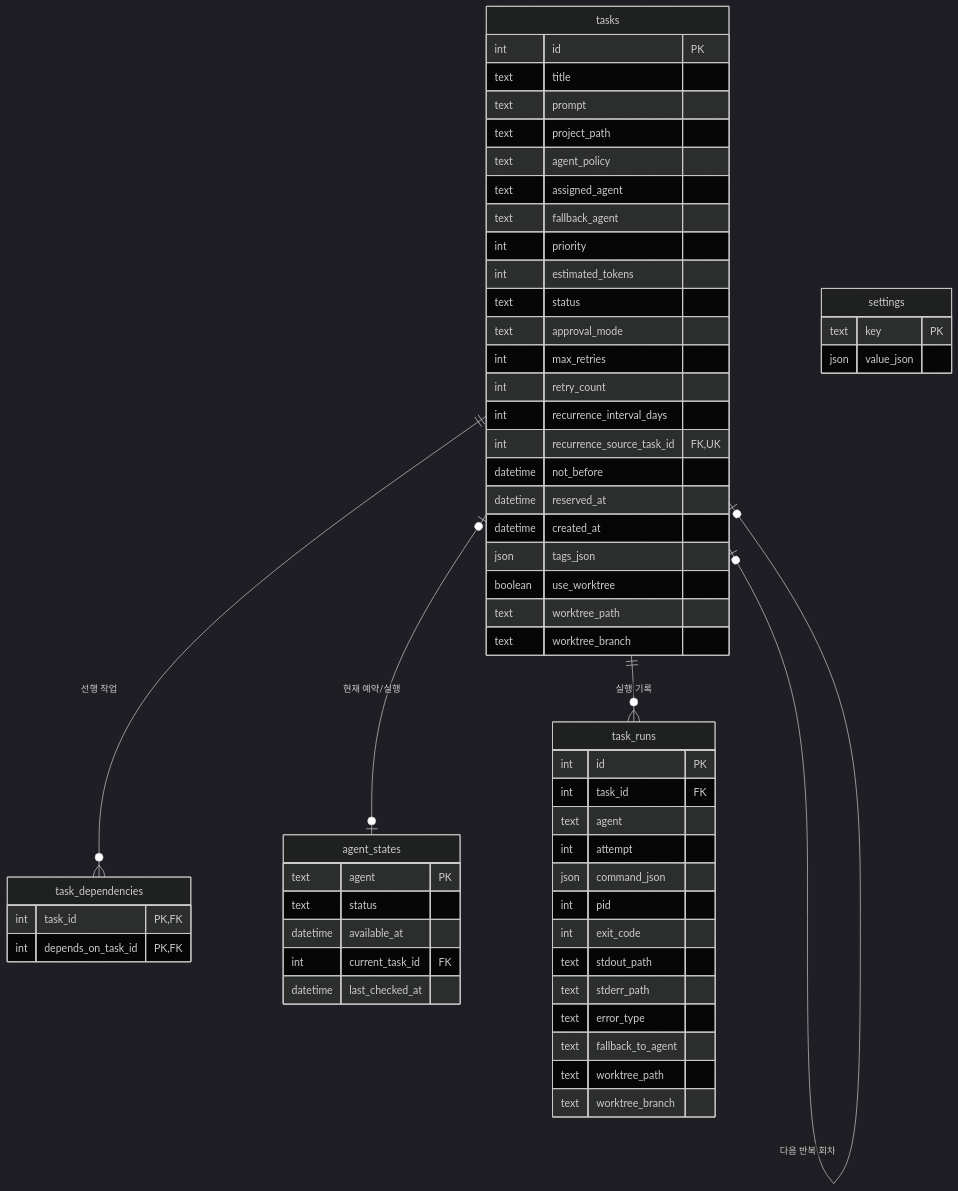
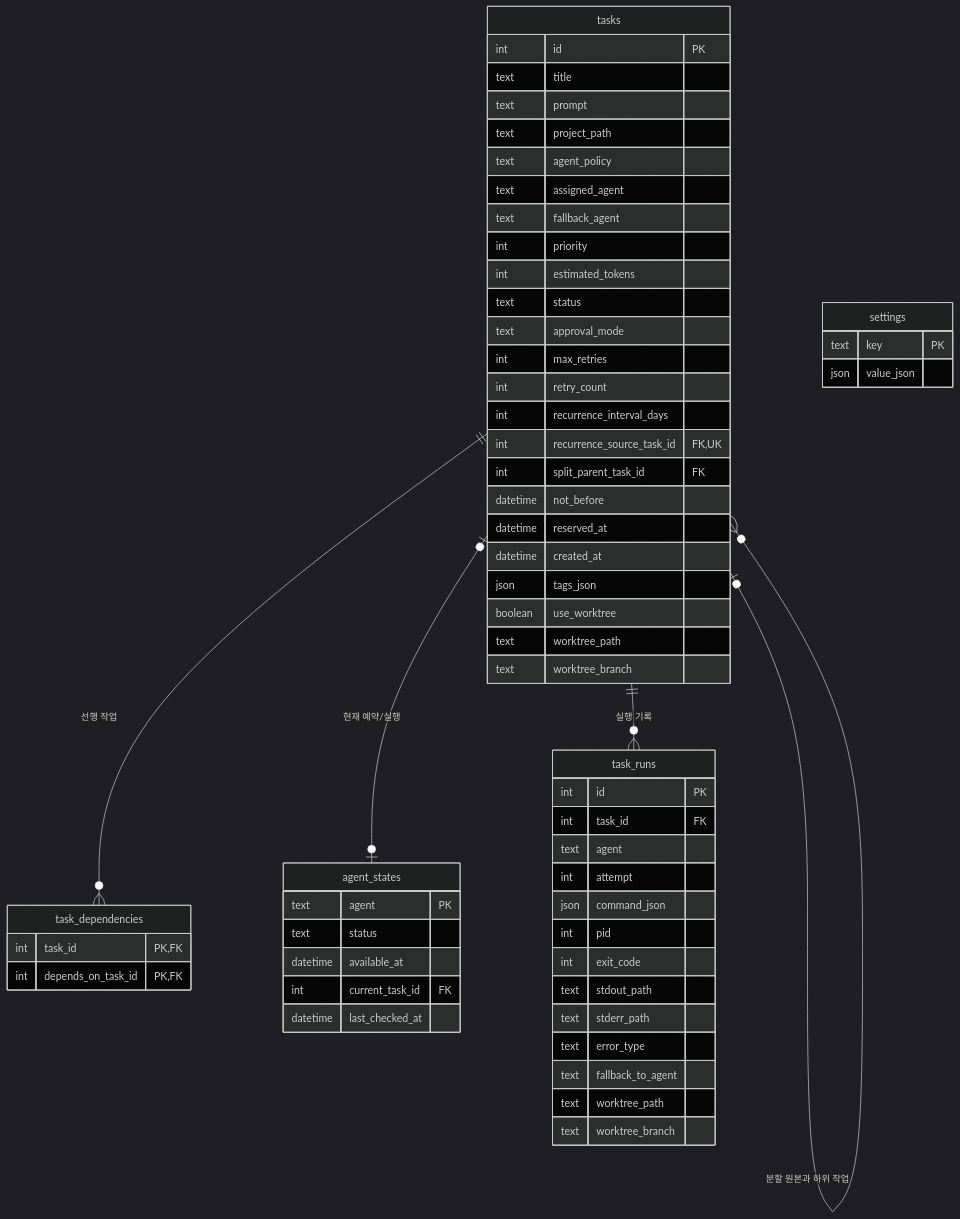
One commit to jasonwpgml/AQR changed the second of 4 diagrams in ai-queue-runner/docs/ARCHITECTURE.md. Above: the diagram before and after it, drawn with Mermaid (dark theme). The commit also changed other lines of this file and 18 other files, not shown here.

First line of the commit message:
feat: task splitting with sibling deps and atomic split-task CLI (T033)

````diff
--- a/ai-queue-runner/docs/ARCHITECTURE.md
+++ b/ai-queue-runner/docs/ARCHITECTURE.md
@@ -71,62 +71,64 @@
 ```mermaid
 erDiagram
     tasks {
         int id PK
         text title
         text prompt
         text project_path
         text agent_policy
         text assigned_agent
         text fallback_agent
         int priority
         int estimated_tokens
         text status
         text approval_mode
         int max_retries
         int retry_count
         int recurrence_interval_days
         int recurrence_source_task_id FK,UK
+        int split_parent_task_id FK
         datetime not_before
         datetime reserved_at
         datetime created_at
         json tags_json
         boolean use_worktree
         text worktree_path
         text worktree_branch
     }
     task_dependencies {
         int task_id PK,FK
         int depends_on_task_id PK,FK
     }
     agent_states {
         text agent PK
         text status
         datetime available_at
         int current_task_id FK
         datetime last_checked_at
     }
     task_runs {
         int id PK
         int task_id FK
         text agent
         int attempt
         json command_json
         int pid
         int exit_code
         text stdout_path
         text stderr_path
         text error_type
         text fallback_to_agent
         text worktree_path
         text worktree_branch
     }
     settings {
         text key PK
         json value_json
     }
 
     tasks ||--o{ task_dependencies : "선행 작업"
     tasks ||--o{ task_runs : "실행 기록"
     tasks o|--o| tasks : "다음 반복 회차"
+    tasks o|--o{ tasks : "분할 원본과 하위 작업"
     tasks |o--o| agent_states : "현재 예약/실행"
 ```
````
